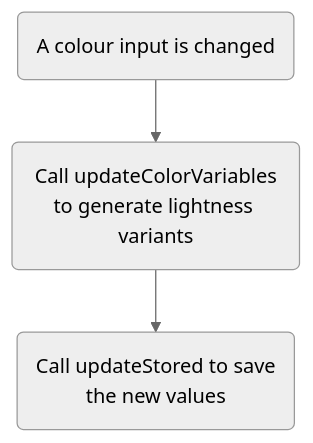
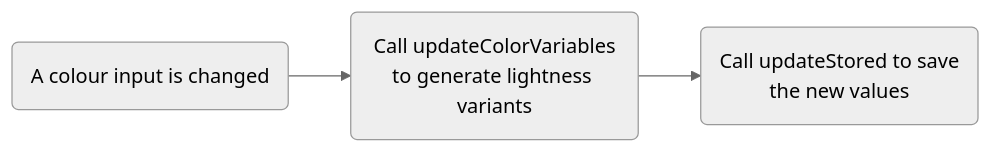
Diagram 22 of 24 in mermaid-diagrams.md (tomgxz/Kraken), drawn with Mermaid before and after one commit.

````diff
--- a/mermaid-diagrams.md
+++ b/mermaid-diagrams.md
@@ -369,9 +369,9 @@
 ```mermaid
 %%{init: {'theme':'dark', 'flowchart': {'curve': 'linear'},'themeVariables':{'fontFamily':'Lexend,Noto Sans,Helvetica,Arial'}}}%%
 %%{init: {'theme':'neutral', 'flowchart': {'curve': 'linear'},'themeVariables':{'fontFamily':'Lexend,Noto Sans,Helvetica,Arial'}}}%%
 
-graph TB
+graph LR
     A(A colour input is changed) --> 
     B(Call updateColorVariables\nto generate lightness variants) -->
     C(Call updateStored to save\nthe new values)
 ```
````
